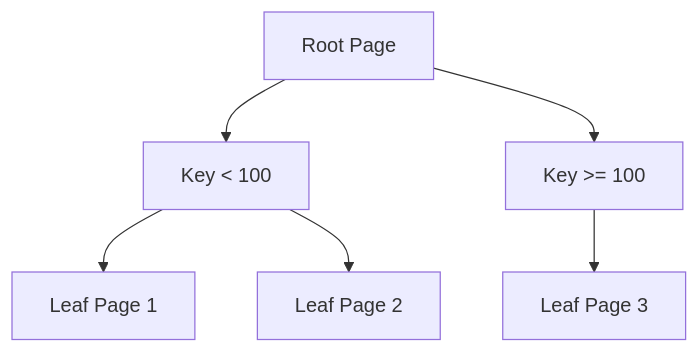
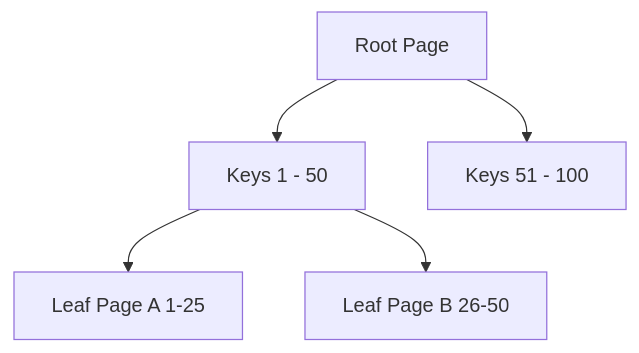
The second of 2 diagrams in chapters/ch3_storage.md (fredLuv/ddia-gitbook), drawn with Mermaid before and after one commit. The commit also changed other lines of this file and 1 other file, not shown here.

````diff
--- a/chapters/ch3_storage.md
+++ b/chapters/ch3_storage.md
@@ -53,8 +52,7 @@
 ```mermaid
 graph TD
-    Root[Root Page] --> Key1[Key < 100]
-    Root --> Key2[Key >= 100]
-    Key1 --> Leaf1[Leaf Page 1]
-    Key1 --> Leaf2[Leaf Page 2]
-    Key2 --> Leaf3[Leaf Page 3]
+    Root[Root Page] --> Branch1[Keys 1 - 50]
+    Root --> Branch2[Keys 51 - 100]
+    Branch1 --> Leaf1[Leaf Page A 1-25]
+    Branch1 --> Leaf2[Leaf Page B 26-50]
 ```
````
